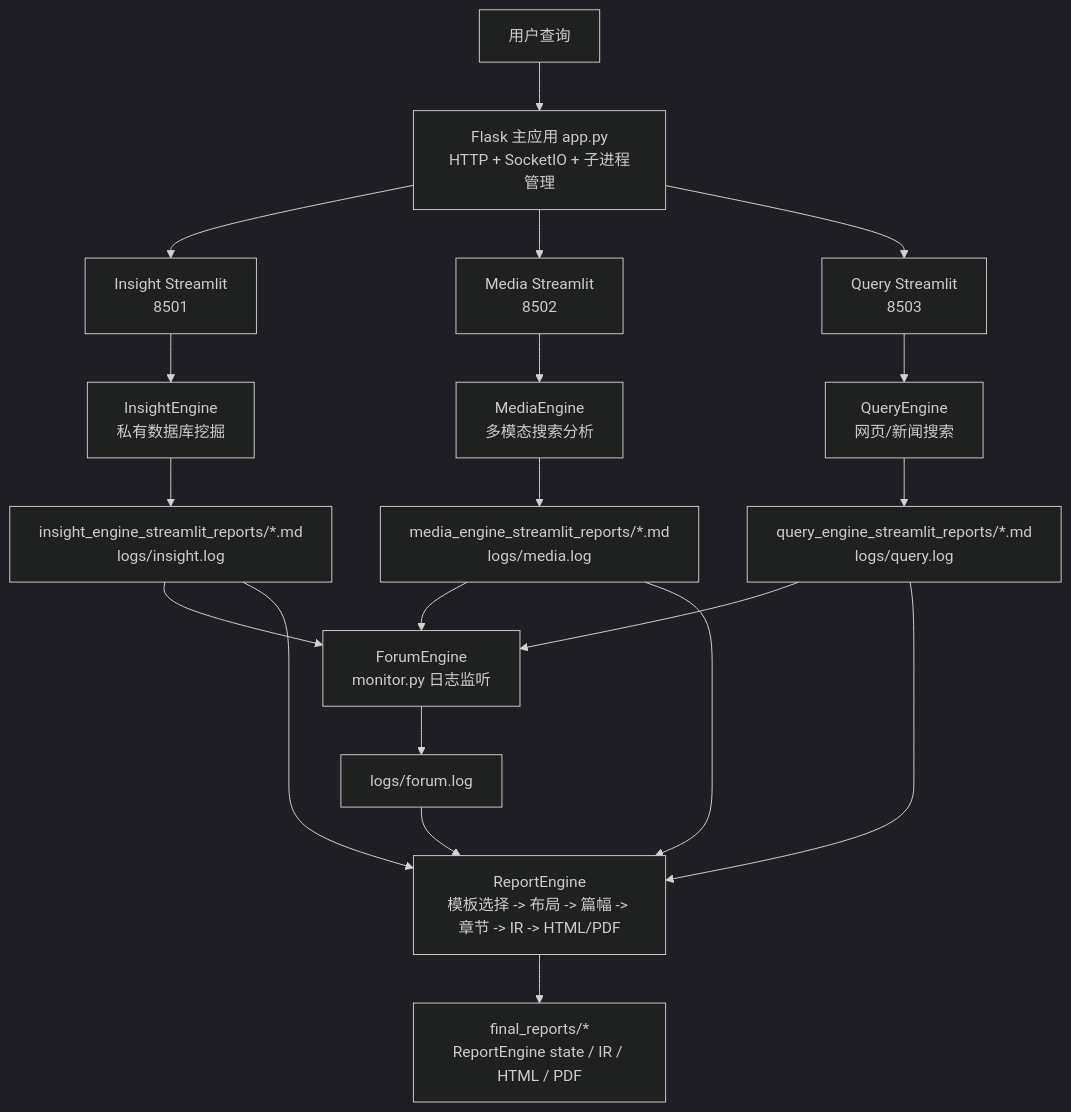
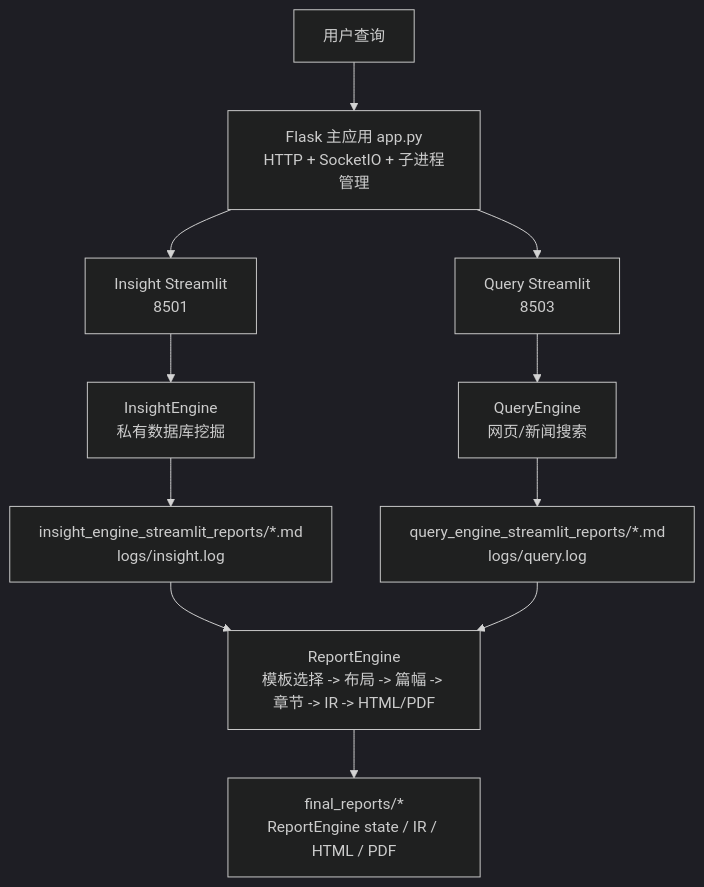
The first of 3 diagrams in docs/project-system-overview.md (yunbaobau/BettaFish), drawn with Mermaid (dark theme) before and after one commit. The commit also changed other lines of this file and 3 other files, not shown here.

````diff
--- a/docs/project-system-overview.md
+++ b/docs/project-system-overview.md
@@ -18,26 +19,16 @@
 ```mermaid
 flowchart TB
     User["用户查询"] --> Flask["Flask 主应用 app.py<br/>HTTP + SocketIO + 子进程管理"]
     Flask --> InsightUI["Insight Streamlit<br/>8501"]
-    Flask --> MediaUI["Media Streamlit<br/>8502"]
     Flask --> QueryUI["Query Streamlit<br/>8503"]
 
     InsightUI --> Insight["InsightEngine<br/>私有数据库挖掘"]
-    MediaUI --> Media["MediaEngine<br/>多模态搜索分析"]
     QueryUI --> Query["QueryEngine<br/>网页/新闻搜索"]
 
     Insight --> InsightOut["insight_engine_streamlit_reports/*.md<br/>logs/insight.log"]
-    Media --> MediaOut["media_engine_streamlit_reports/*.md<br/>logs/media.log"]
     Query --> QueryOut["query_engine_streamlit_reports/*.md<br/>logs/query.log"]
 
-    InsightOut --> Forum["ForumEngine<br/>monitor.py 日志监听"]
-    MediaOut --> Forum
-    QueryOut --> Forum
-    Forum --> ForumLog["logs/forum.log"]
-
     InsightOut --> Report["ReportEngine<br/>模板选择 -> 布局 -> 篇幅 -> 章节 -> IR -> HTML/PDF"]
-    MediaOut --> Report
     QueryOut --> Report
-    ForumLog --> Report
     Report --> Final["final_reports/*<br/>ReportEngine state / IR / HTML / PDF"]
 ```
````
